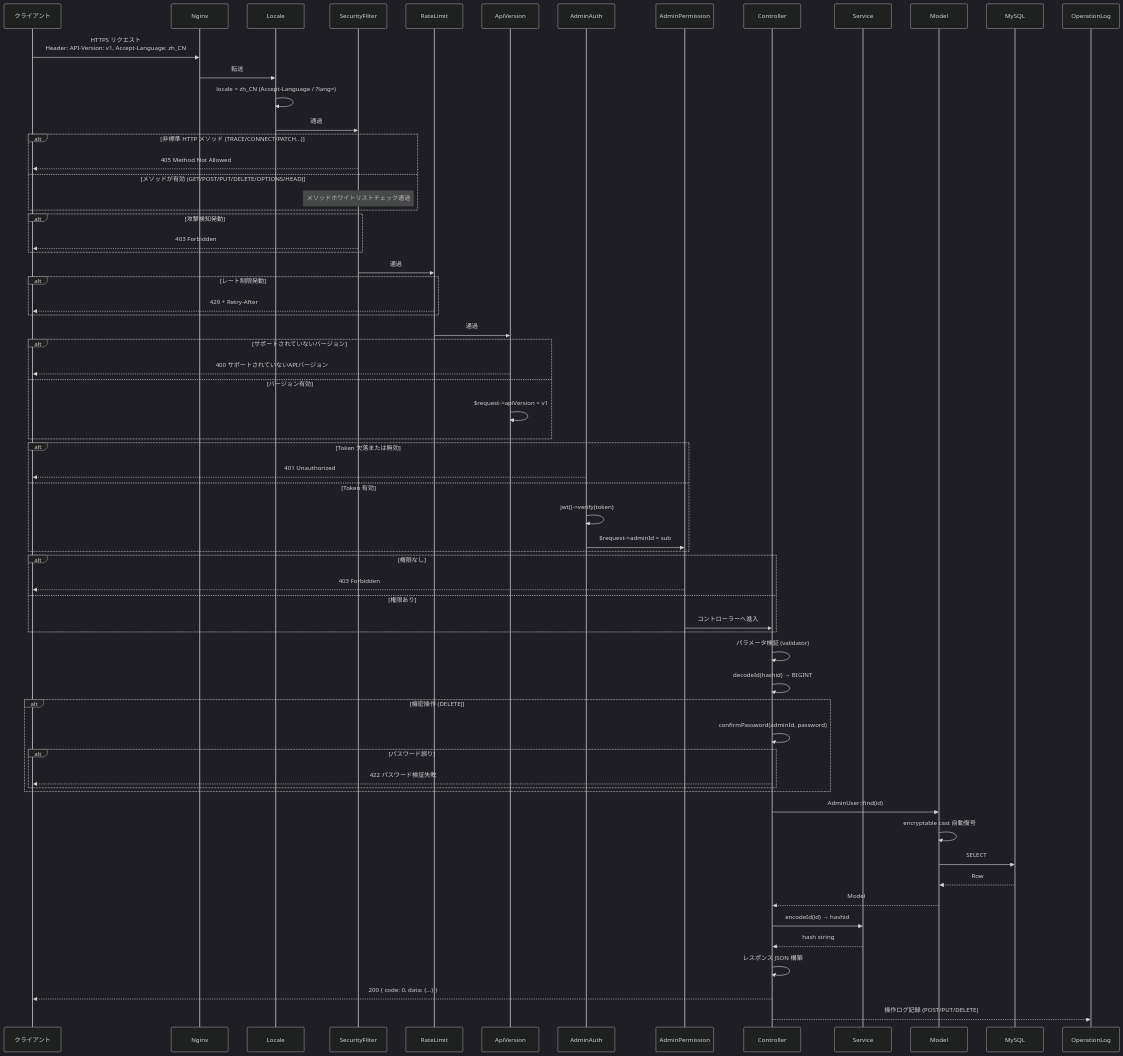
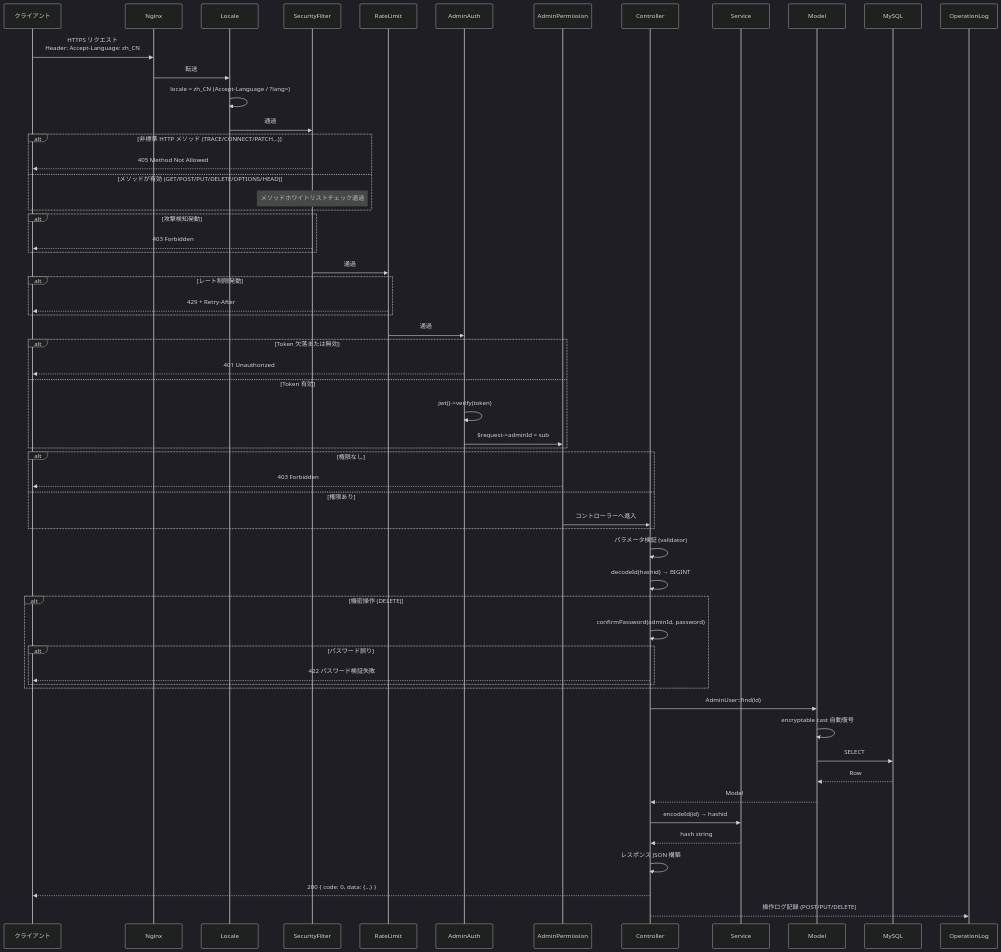
Before and after one commit to erikwang2013/integrated-global-logistics: the third of 14 diagrams in admin/docs/ARCHITECTURE.ja.md, drawn with Mermaid (dark theme). The commit also changed other lines of this file and 147 other files, not shown here.

First line of the commit message:
feat(api): API 版本号移入 URL 路径（/api/v1），移除 API-Version 头机制

````diff
--- a/admin/docs/ARCHITECTURE.ja.md
+++ b/admin/docs/ARCHITECTURE.ja.md
@@ -147,82 +145,75 @@
 ```mermaid
 sequenceDiagram
     participant C as クライアント
     participant N as Nginx
     participant MW_LOC as Locale
     participant MW_SF as SecurityFilter
     participant MW_RL as RateLimit
-    participant MW0 as ApiVersion
     participant MW1 as AdminAuth
     participant MW2 as AdminPermission
     participant CTL as Controller
     participant SVC as Service
     participant MDL as Model
     participant DB as MySQL
     participant OPLOG as OperationLog
 
-    C->>N: HTTPS リクエスト<br/>Header: API-Version: v1, Accept-Language: zh_CN
+    C->>N: HTTPS リクエスト<br/>Header: Accept-Language: zh_CN
     N->>MW_LOC: 転送
 
     MW_LOC->>MW_LOC: locale = zh_CN (Accept-Language / ?lang=)
     MW_LOC->>MW_SF: 通過
 
     alt 非標準 HTTP メソッド (TRACE/CONNECT/PATCH...)
         MW_SF-->>C: 405 Method Not Allowed
     else メソッドが有効 (GET/POST/PUT/DELETE/OPTIONS/HEAD)
         Note over MW_SF: メソッドホワイトリストチェック通過
     end
 
     alt 攻撃検知発動
         MW_SF-->>C: 403 Forbidden
     end
 
     MW_SF->>MW_RL: 通過
 
     alt レート制限発動
         MW_RL-->>C: 429 + Retry-After
     end
 
-    MW_RL->>MW0: 通過
-
-    alt サポートされていないバージョン
-        MW0-->>C: 400 サポートされていないAPIバージョン
-    else バージョン有効
-        MW0->>MW0: $request->apiVersion = v1
-    end
+    MW_RL->>MW1: 通過
 
     alt Token 欠落または無効
         MW1-->>C: 401 Unauthorized
     else Token 有効
         MW1->>MW1: jwt()->verify(token)
         MW1->>MW2: $request->adminId = sub
     end
 
     alt 権限なし
         MW2-->>C: 403 Forbidden
     else 権限あり
         MW2->>CTL: コントローラーへ進入
     end
 
     CTL->>CTL: パラメータ検証 (validator)
     CTL->>CTL: decodeId(hashid) → BIGINT
 
     alt 機密操作 (DELETE)
         CTL->>CTL: confirmPassword(adminId, password)
         alt パスワード誤り
             CTL-->>C: 422 パスワード検証失敗
         end
     end
 
     CTL->>MDL: AdminUser::find(id)
     MDL->>MDL: encryptable cast 自動復号
     MDL->>DB: SELECT
     DB-->>MDL: Row
     MDL-->>CTL: Model
 
     CTL->>SVC: encodeId(id) → hashid
     SVC-->>CTL: hash string
 
     CTL->>CTL: レスポンス JSON 構築
     CTL-->>C: 200 { code: 0, data: {...} }
     CTL-->>OPLOG: 操作ログ記録 (POST/PUT/DELETE)
 ```
````
